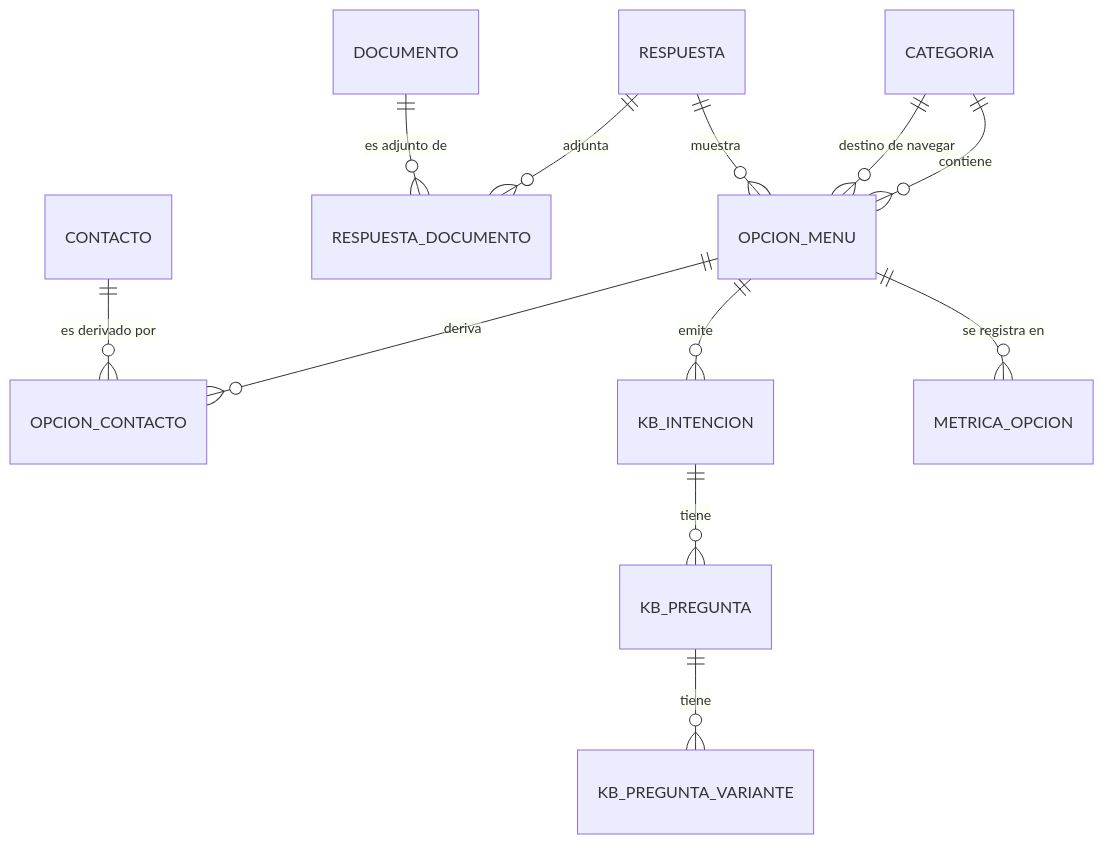
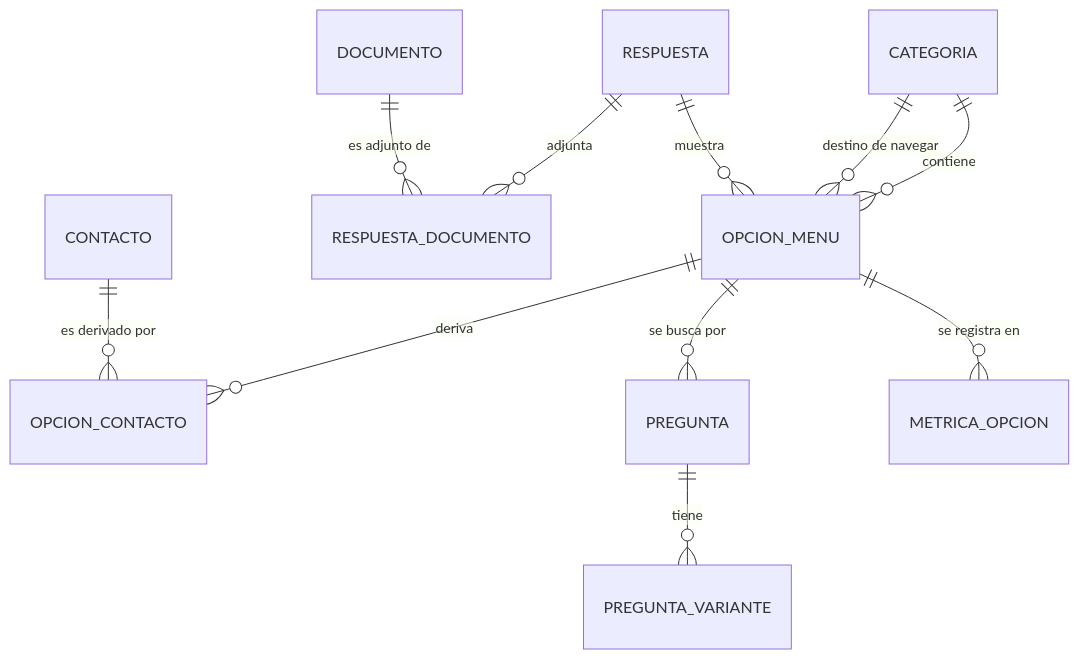
One commit to syntax-software-studio/chatbot-ifts29 changed the diagram in docs/desarrollo-e-integracion/04-base-datos.md. Above: the diagram before and after it, drawn with Mermaid. The commit also changed other lines of this file and 20 other files, not shown here.

````diff
--- a/docs/desarrollo-e-integracion/04-base-datos.md
+++ b/docs/desarrollo-e-integracion/04-base-datos.md
@@ -70,14 +69,13 @@
 ```mermaid
 erDiagram
     CATEGORIA ||--o{ OPCION_MENU : contiene
     CATEGORIA ||--o{ OPCION_MENU : "destino de navegar"
     RESPUESTA ||--o{ OPCION_MENU : muestra
     RESPUESTA ||--o{ RESPUESTA_DOCUMENTO : adjunta
     DOCUMENTO ||--o{ RESPUESTA_DOCUMENTO : "es adjunto de"
     OPCION_MENU ||--o{ OPCION_CONTACTO : deriva
     CONTACTO ||--o{ OPCION_CONTACTO : "es derivado por"
-    OPCION_MENU ||--o{ KB_INTENCION : "emite"
-    KB_INTENCION ||--o{ KB_PREGUNTA : tiene
-    KB_PREGUNTA ||--o{ KB_PREGUNTA_VARIANTE : tiene
+    OPCION_MENU ||--o{ PREGUNTA : "se busca por"
+    PREGUNTA ||--o{ PREGUNTA_VARIANTE : tiene
     OPCION_MENU ||--o{ METRICA_OPCION : "se registra en"
 ```
````
